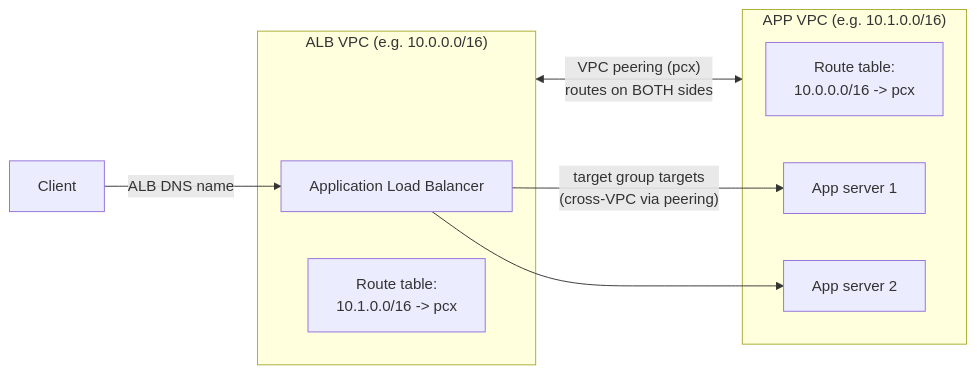
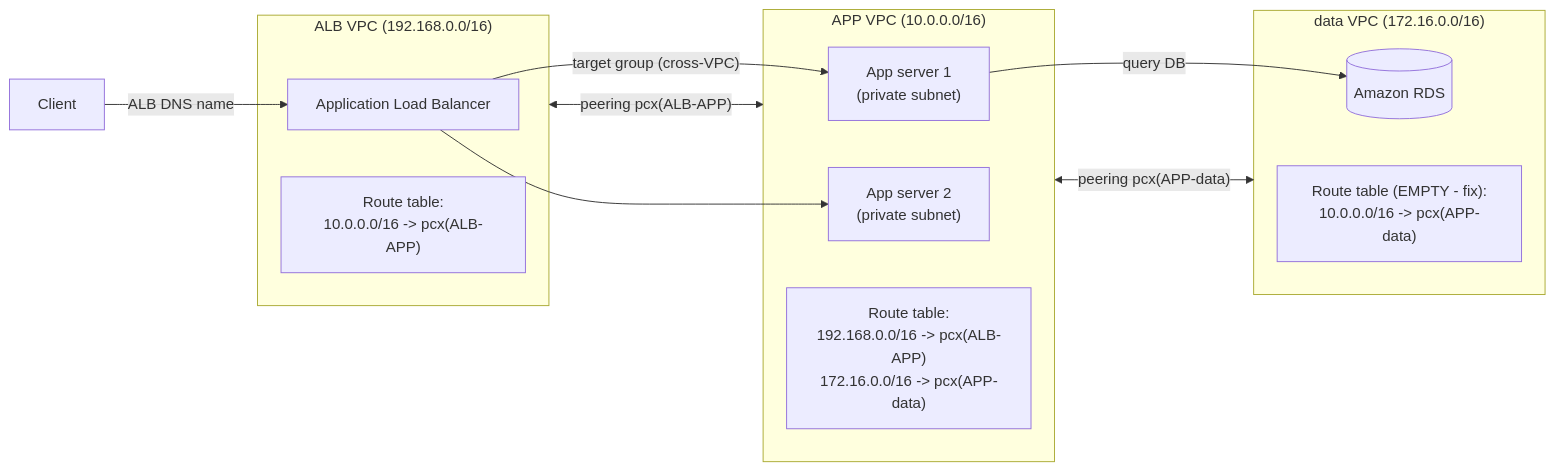
The diagram in courses/03-simulearn-resolve-vpc-routing-conflicts/README.md (kiquetal/recert-aws-pro-skill-builder), drawn with Mermaid before and after one commit. The commit also changed other lines of this file, not shown here.

Commit message:
docs(lab-03): update to three-VPC/two-peering architecture (ALB, APP, data/RDS)

````diff
--- a/courses/03-simulearn-resolve-vpc-routing-conflicts/README.md
+++ b/courses/03-simulearn-resolve-vpc-routing-conflicts/README.md
@@ -50,19 +58,27 @@
 ```mermaid
 flowchart LR
     User[Client] -->|ALB DNS name| ALB["Application Load Balancer"]
 
-    subgraph ALBVPC["ALB VPC (e.g. 10.0.0.0/16)"]
+    subgraph ALBVPC["ALB VPC (192.168.0.0/16)"]
         ALB
-        RTA["Route table:<br/>10.1.0.0/16 -> pcx"]
+        RTA["Route table:<br/>10.0.0.0/16 -> pcx(ALB-APP)"]
     end
 
-    subgraph APPVPC["APP VPC (e.g. 10.1.0.0/16)"]
-        RTB["Route table:<br/>10.0.0.0/16 -> pcx"]
-        APP1["App server 1"]
-        APP2["App server 2"]
+    subgraph APPVPC["APP VPC (10.0.0.0/16)"]
+        APP1["App server 1<br/>(private subnet)"]
+        APP2["App server 2<br/>(private subnet)"]
+        RTB["Route table:<br/>192.168.0.0/16 -> pcx(ALB-APP)<br/>172.16.0.0/16 -> pcx(APP-data)"]
     end
 
-    ALB -->|"target group targets<br/>(cross-VPC via peering)"| APP1
+    subgraph DATAVPC["data VPC (172.16.0.0/16)"]
+        RDS[("Amazon RDS")]
+        RTC["Route table (EMPTY - fix):<br/>10.0.0.0/16 -> pcx(APP-data)"]
+    end
+
+    ALB -->|"target group (cross-VPC)"| APP1
     ALB --> APP2
-    ALBVPC <-->|"VPC peering (pcx)<br/>routes on BOTH sides"| APPVPC
+    APP1 -->|"query DB"| RDS
+
+    ALBVPC <-->|"peering pcx(ALB-APP)"| APPVPC
+    APPVPC <-->|"peering pcx(APP-data)"| DATAVPC
 ```
````
